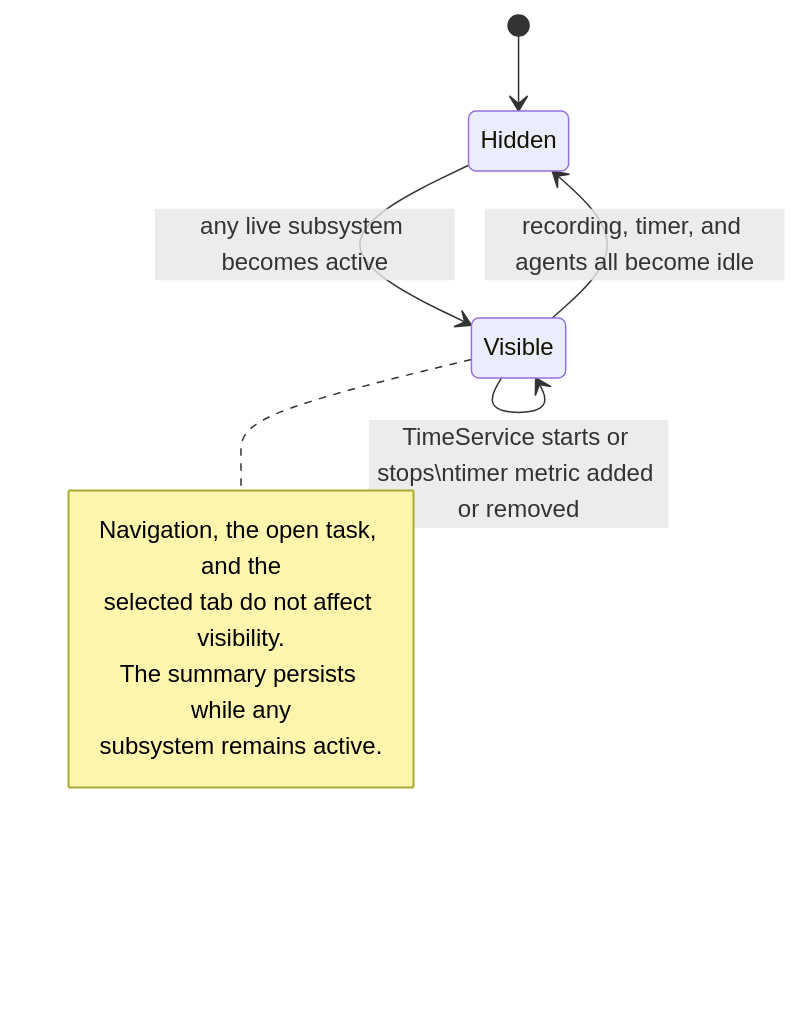
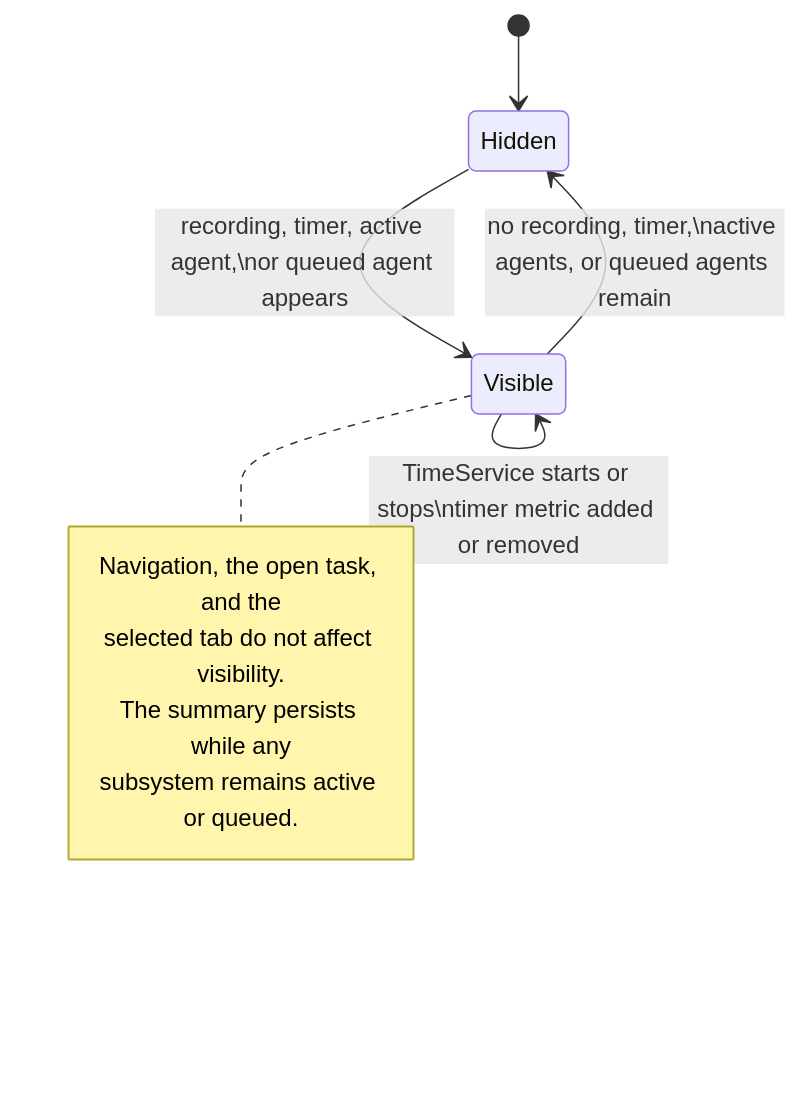
The seventh of 17 diagrams in lib/features/tasks/README.md (matthiasn/lotti), drawn with Mermaid before and after one commit. The commit also changed other lines of this file and 49 other files, not shown here.

````diff
--- a/lib/features/tasks/README.md
+++ b/lib/features/tasks/README.md
@@ -390,13 +392,13 @@
 ```mermaid
 stateDiagram-v2
     [*] --> Hidden
-    Hidden --> Visible: any live subsystem becomes active
-    Visible --> Hidden: recording, timer, and agents all become idle
+    Hidden --> Visible: recording, timer, active agent,\nor queued agent appears
+    Visible --> Hidden: no recording, timer,\nactive agents, or queued agents remain
     Visible --> Visible: TimeService starts or stops\ntimer metric added or removed
     note right of Visible
       Navigation, the open task, and the
       selected tab do not affect visibility.
       The summary persists while any
-      subsystem remains active.
+      subsystem remains active or queued.
     end note
 ```
````
